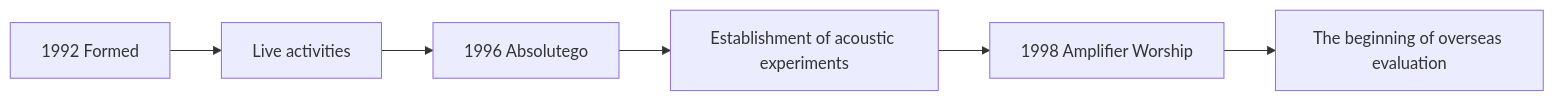
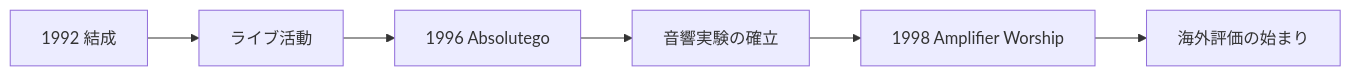
The first of 5 diagrams in en/_posts/2026-08-05-column-boris.md (monumental-movement/monumental-movement.github.io), drawn with Mermaid before and after one commit. The commit also changed other lines of this file and 2196 other files, not shown here.

```diff
--- a/en/_posts/2026-08-05-column-boris.md
+++ b/en/_posts/2026-08-05-column-boris.md
@@ -228,9 +227,9 @@
 <div class="mermaid">
 graph LR
-A[1992 Formed]
--->B[Live activities]
+A[1992 結成]
+-->B[ライブ活動]
 -->C[1996 Absolutego]
--->D[Establishment of acoustic experiments]
+-->D[音響実験の確立]
 -->E[1998 Amplifier Worship]
--->F[The beginning of overseas evaluation]
+-->F[海外評価の始まり]
 </div>
```
